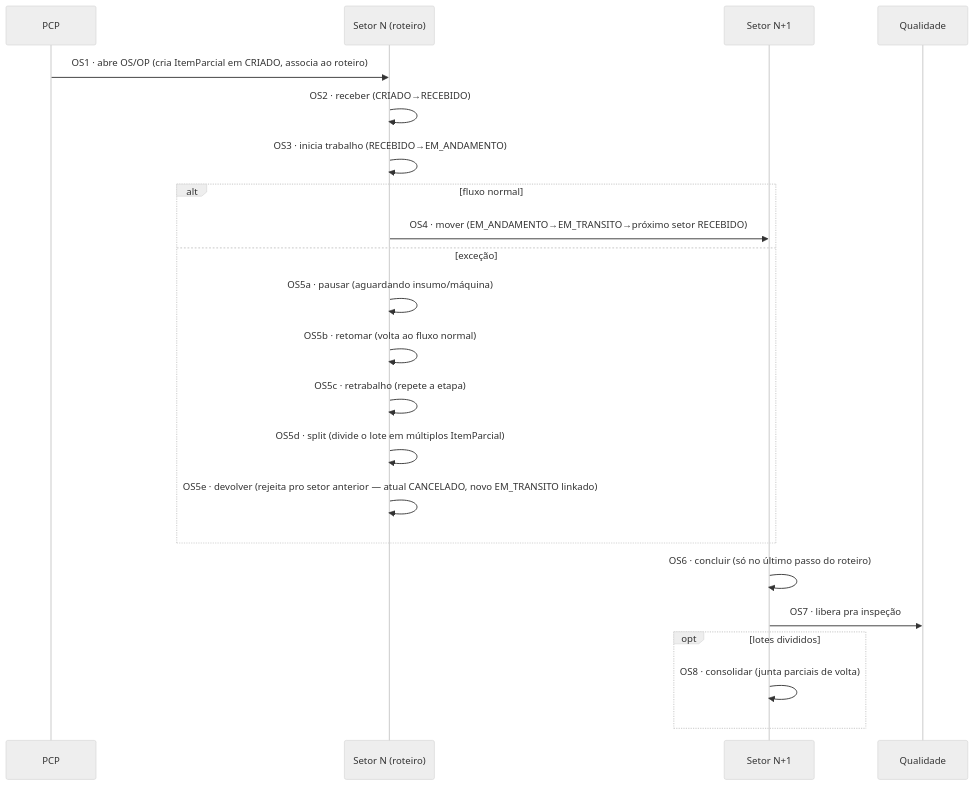
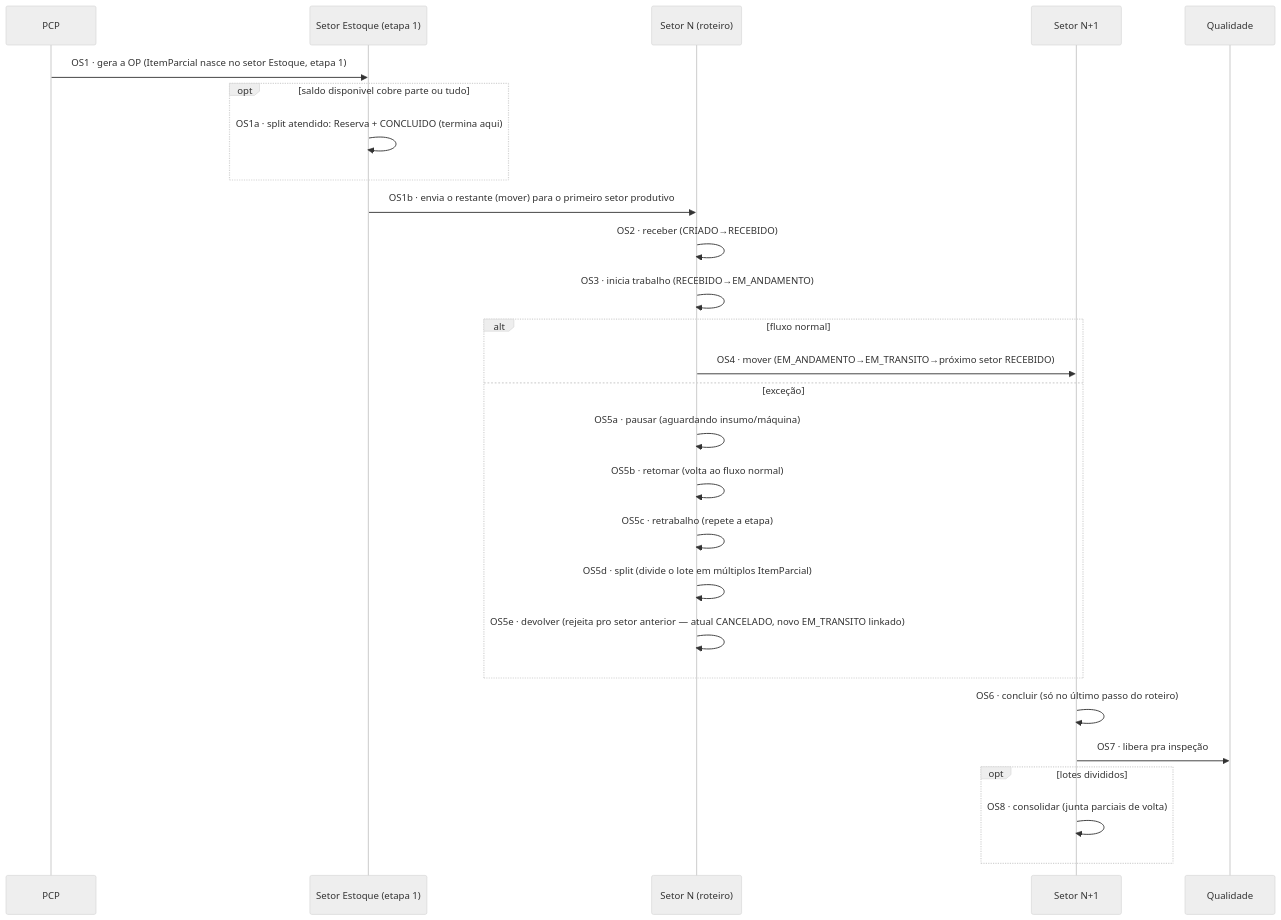
One commit to Acosvital/vault-avhub-mer changed the diagram in 02-PRD-Estoque/Fluxo-Producao-OS-OP-Completo.md. Above: the diagram before and after it, drawn with Mermaid (neutral theme). The commit also changed other lines of this file and 36 other files, not shown here.

First line of the commit message:
Encaixe do Estoque e da Revenda no fluxo do PCP (MES)

````diff
--- a/02-PRD-Estoque/Fluxo-Producao-OS-OP-Completo.md
+++ b/02-PRD-Estoque/Fluxo-Producao-OS-OP-Completo.md
@@ -22,25 +25,30 @@
 ```mermaid
 sequenceDiagram
     participant PCP
+    participant Est as Setor Estoque (etapa 1)
     participant SetorN as Setor N (roteiro)
     participant SetorN1 as Setor N+1
     participant Qual as Qualidade
 
-    PCP->>SetorN: OS1 · abre OS/OP (cria ItemParcial em CRIADO, associa ao roteiro)
+    PCP->>Est: OS1 · gera a OP (ItemParcial nasce no setor Estoque, etapa 1)
+    opt saldo disponivel cobre parte ou tudo
+        Est->>Est: OS1a · split atendido: Reserva + CONCLUIDO (termina aqui)
+    end
+    Est->>SetorN: OS1b · envia o restante (mover) para o primeiro setor produtivo
     SetorN->>SetorN: OS2 · receber (CRIADO→RECEBIDO)
     SetorN->>SetorN: OS3 · inicia trabalho (RECEBIDO→EM_ANDAMENTO)
     alt fluxo normal
         SetorN->>SetorN1: OS4 · mover (EM_ANDAMENTO→EM_TRANSITO→próximo setor RECEBIDO)
     else exceção
         SetorN->>SetorN: OS5a · pausar (aguardando insumo/máquina)
         SetorN->>SetorN: OS5b · retomar (volta ao fluxo normal)
         SetorN->>SetorN: OS5c · retrabalho (repete a etapa)
         SetorN->>SetorN: OS5d · split (divide o lote em múltiplos ItemParcial)
         SetorN->>SetorN: OS5e · devolver (rejeita pro setor anterior — atual CANCELADO, novo EM_TRANSITO linkado)
     end
     SetorN1->>SetorN1: OS6 · concluir (só no último passo do roteiro)
     SetorN1->>Qual: OS7 · libera pra inspeção
     opt lotes divididos
         SetorN1->>SetorN1: OS8 · consolidar (junta parciais de volta)
     end
 ```
````
